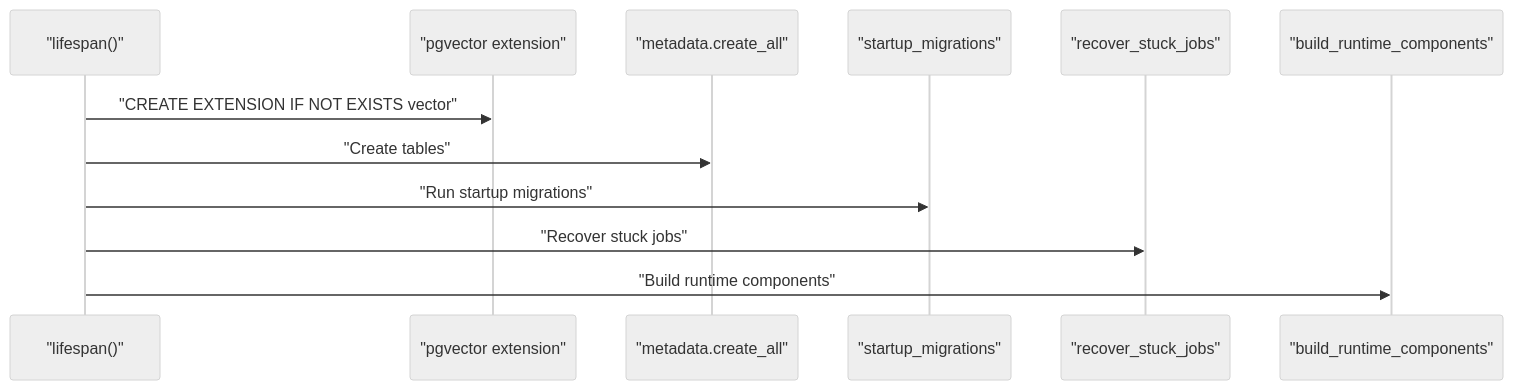
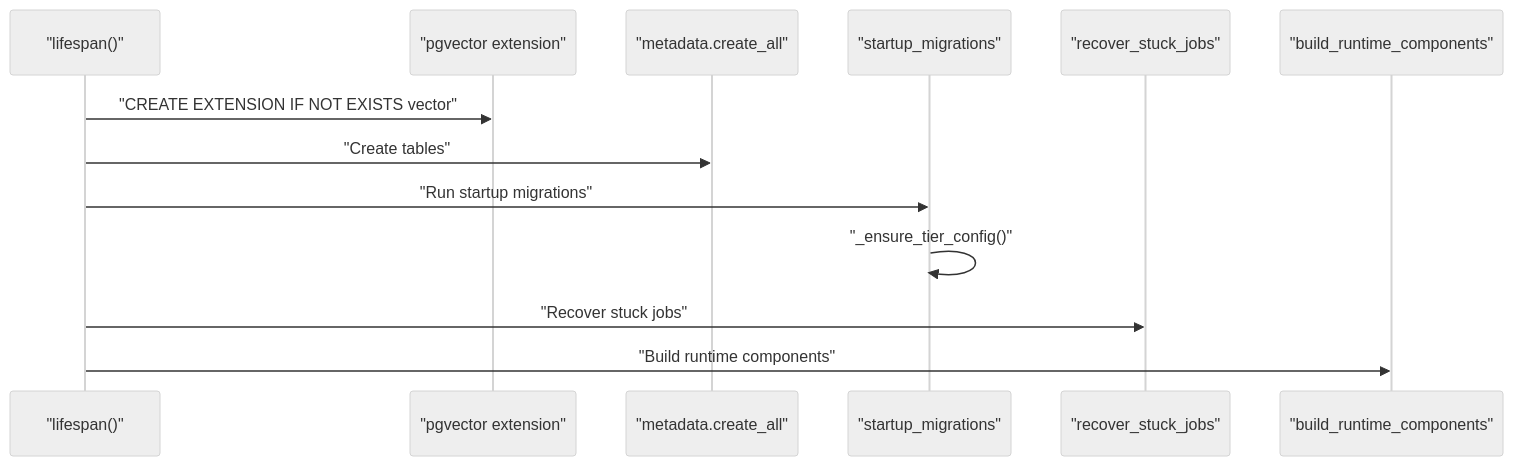
One commit to genes8/private-ai changed the eighth of 9 diagrams in .qoder/repowiki/en/content/Backend Development/Database Integration/Startup Schema Management.md. Above: the diagram before and after it, drawn with Mermaid (neutral theme). The commit also changed other lines of this file and 101 other files, not shown here.

````diff
--- a/.qoder/repowiki/en/content/Backend Development/Database Integration/Startup Schema Management.md
+++ b/.qoder/repowiki/en/content/Backend Development/Database Integration/Startup Schema Management.md
@@ -368,14 +433,15 @@
 ```mermaid
 sequenceDiagram
 participant Lifespan as "lifespan()"
 participant Ext as "pgvector extension"
 participant Meta as "metadata.create_all"
 participant SM as "startup_migrations"
 participant Jobs as "recover_stuck_jobs"
 participant RT as "build_runtime_components"
 Lifespan->>Ext : "CREATE EXTENSION IF NOT EXISTS vector"
 Lifespan->>Meta : "Create tables"
 Lifespan->>SM : "Run startup migrations"
+SM->>SM : "_ensure_tier_config()"
 Lifespan->>Jobs : "Recover stuck jobs"
 Lifespan->>RT : "Build runtime components"
 ```
````
